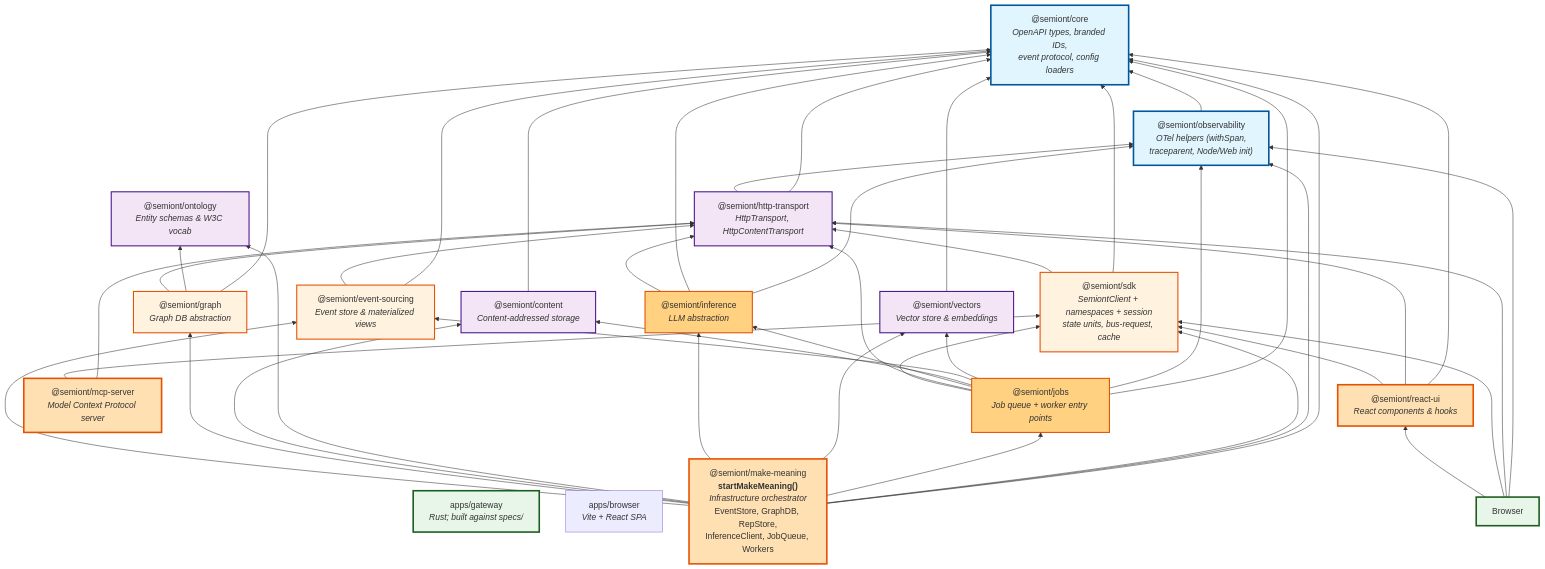
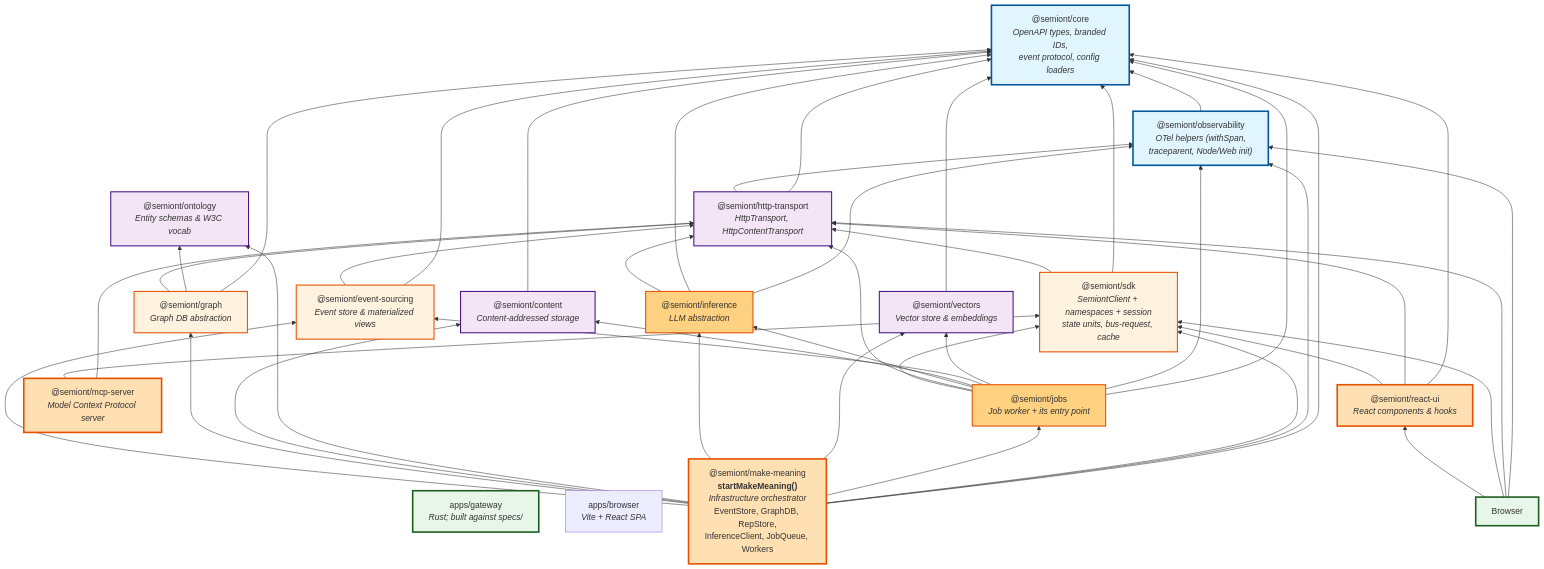
Before and after one commit to The-AI-Alliance/semiont: the diagram in docs/system/PACKAGE-ARCHITECTURE.md, drawn with Mermaid. The commit also changed 378 other files, not shown here.

```diff
--- a/docs/system/PACKAGE-ARCHITECTURE.md
+++ b/docs/system/PACKAGE-ARCHITECTURE.md
@@ -19,7 +19,7 @@
 
     %% Layer 3: AI + Workers
     inference["@semiont/inference<br/><i>LLM abstraction</i>"]
-    jobs["@semiont/jobs<br/><i>Job queue + worker entry points</i>"]
+    jobs["@semiont/jobs<br/><i>Job worker + its entry point</i>"]
 
     %% Layer 2: SDK + Domain Storage
     sdk["@semiont/sdk<br/><i>SemiontClient + namespaces + session<br/>state units, bus-request, cache</i>"]
```
